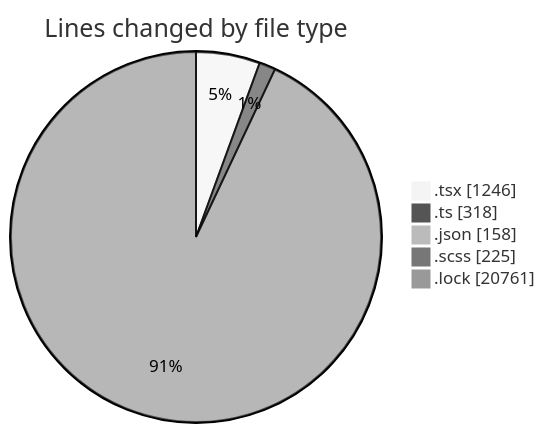
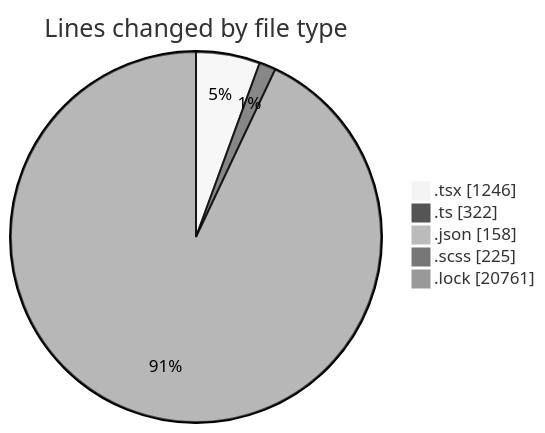
Before and after one commit to momahboobian/code-tracking: the first of 2 diagrams in 2025-04-29/cda/README.md, drawn with Mermaid (neutral theme). The commit also changed other lines of this file and 1 other file, not shown here.

````diff
--- a/2025-04-29/cda/README.md
+++ b/2025-04-29/cda/README.md
@@ -39,9 +39,9 @@
 ```mermaid
 pie showData
 title Lines changed by file type
 ".tsx" : 1246
-".ts" : 318
+".ts" : 322
 ".json" : 158
 ".scss" : 225
 ".lock" : 20761
 ```
````
